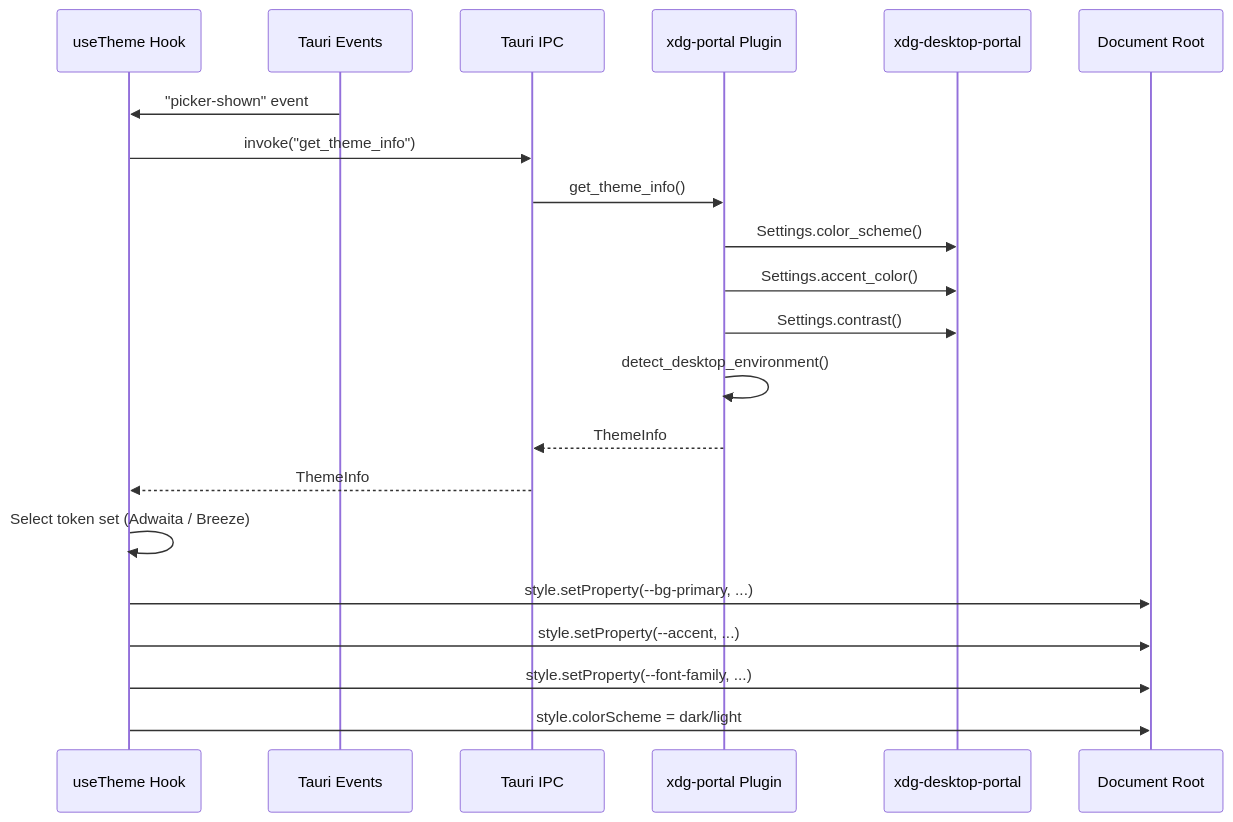
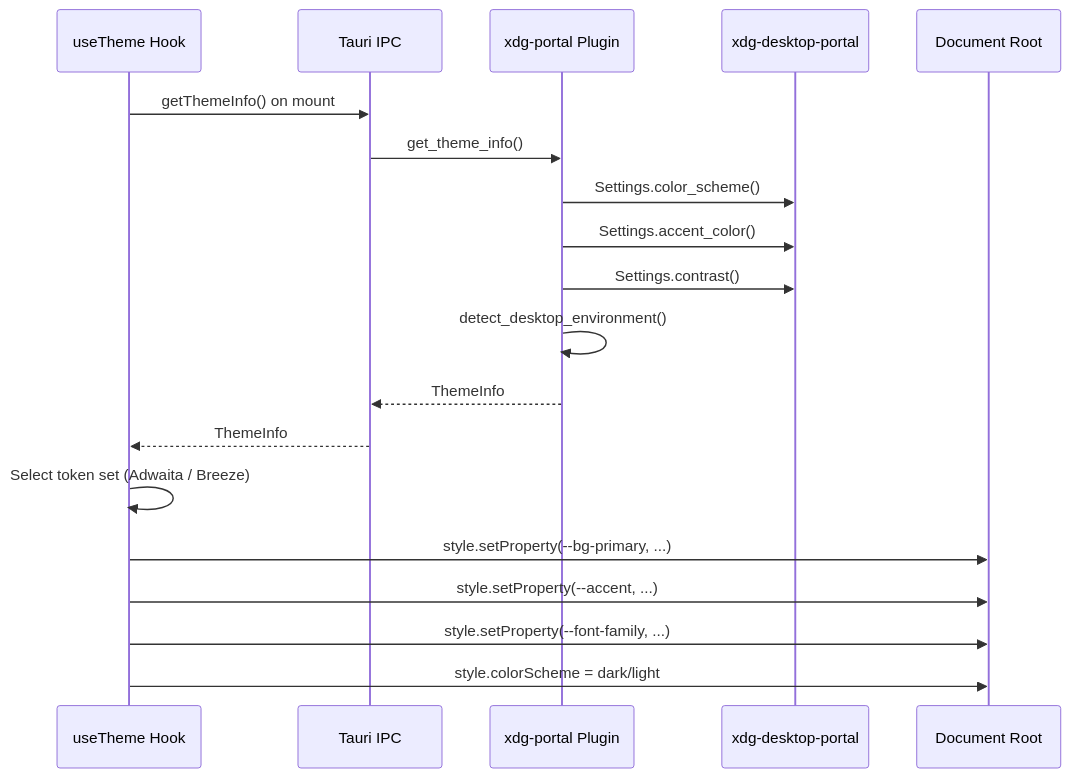
The sixth of 10 diagrams in docs/architecture.md (liminal-hq/emoji-nook), drawn with Mermaid before and after one commit. The commit also changed other lines of this file and 5 other files, not shown here.

````diff
--- a/docs/architecture.md
+++ b/docs/architecture.md
@@ -251,25 +253,23 @@
 ```mermaid
 sequenceDiagram
     participant React as useTheme Hook
-    participant Event as Tauri Events
     participant IPC as Tauri IPC
     participant Plugin as xdg-portal Plugin
     participant DBus as xdg-desktop-portal
     participant DOM as Document Root
 
-    Event->>React: "picker-shown" event
-    React->>IPC: invoke("get_theme_info")
+    React->>IPC: getThemeInfo() on mount
     IPC->>Plugin: get_theme_info()
     Plugin->>DBus: Settings.color_scheme()
     Plugin->>DBus: Settings.accent_color()
     Plugin->>DBus: Settings.contrast()
     Plugin->>Plugin: detect_desktop_environment()
     Plugin-->>IPC: ThemeInfo
     IPC-->>React: ThemeInfo
 
     React->>React: Select token set (Adwaita / Breeze)
     React->>DOM: style.setProperty(--bg-primary, ...)
     React->>DOM: style.setProperty(--accent, ...)
     React->>DOM: style.setProperty(--font-family, ...)
     React->>DOM: style.colorScheme = dark/light
 ```
````
